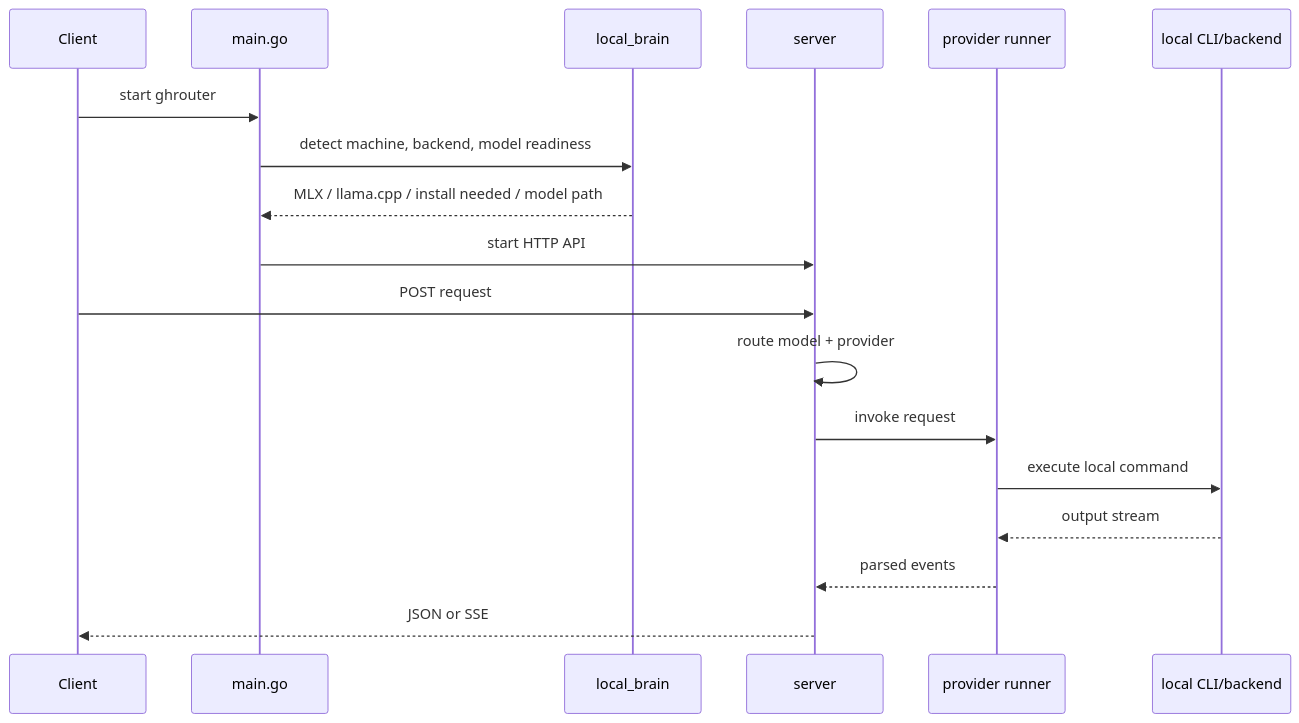
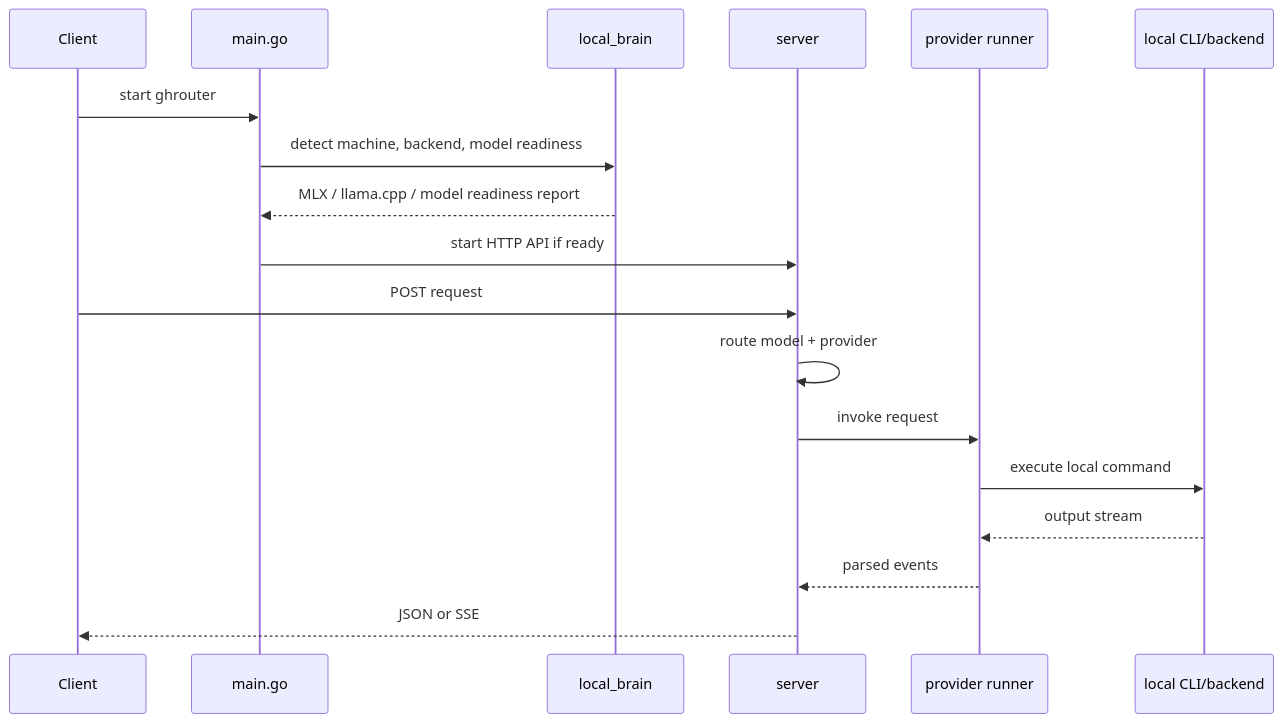
The second of 2 diagrams in README.md (jcafeitosa/ghrouter), drawn with Mermaid before and after one commit. The commit also changed other lines of this file and 47 other files, not shown here.

````diff
--- a/README.md
+++ b/README.md
@@ -46,21 +43,21 @@
 ```mermaid
 sequenceDiagram
     participant Client as Client
     participant Main as main.go
     participant Brain as local_brain
     participant Server as server
     participant Provider as provider runner
     participant CLI as local CLI/backend
 
     Client->>Main: start ghrouter
     Main->>Brain: detect machine, backend, model readiness
-    Brain-->>Main: MLX / llama.cpp / install needed / model path
-    Main->>Server: start HTTP API
+    Brain-->>Main: MLX / llama.cpp / model readiness report
+    Main->>Server: start HTTP API if ready
     Client->>Server: POST request
     Server->>Server: route model + provider
     Server->>Provider: invoke request
     Provider->>CLI: execute local command
     CLI-->>Provider: output stream
     Provider-->>Server: parsed events
     Server-->>Client: JSON or SSE
 ```
````
